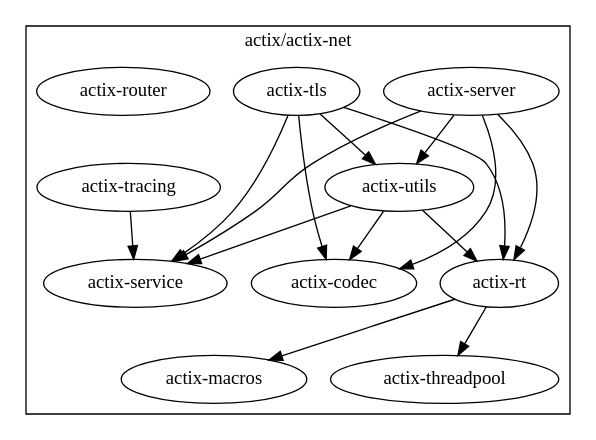
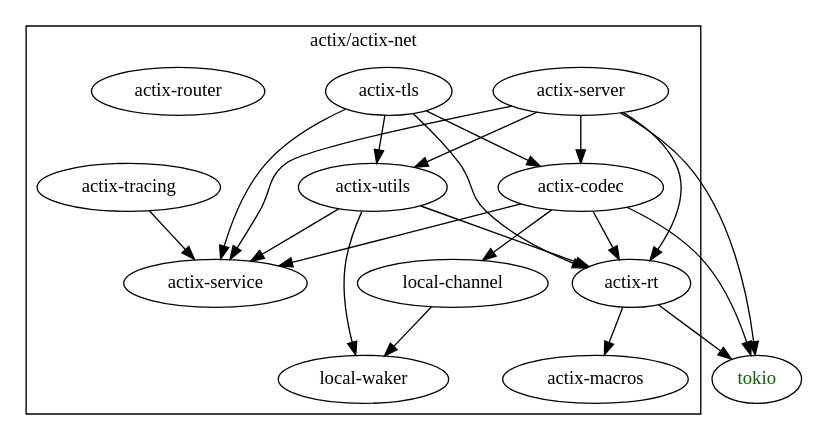
The diagram in docs/graphs/net-only.dot (Cherry-Pooh/actix-web), drawn with Graphviz before and after one commit. The commit also changed 1 other file, not shown here.

```diff
--- a/docs/graphs/net-only.dot
+++ b/docs/graphs/net-only.dot
@@ -1,21 +1,19 @@
 digraph {
     subgraph cluster_net {
         label="actix/actix-net";
-        "actix-codec"
-        "actix-macros"
-        "actix-rt"
-        "actix-server"
-        "actix-service"
-        "actix-threadpool"
-        "actix-tls"
-        "actix-tracing"
-        "actix-utils"
-        "actix-router"
+        "actix-codec" "actix-macros" "actix-rt" "actix-server" "actix-service"
+        "actix-tls" "actix-tracing" "actix-utils" "actix-router"
+        "local-channel" "local-waker"
     }
 
-    "actix-utils" -> { "actix-service" "actix-rt" "actix-codec" }
+    "actix-codec" -> { "actix-rt" "actix-service" "local-channel" "tokio" }
+    "actix-utils" -> { "actix-rt" "actix-service" "local-waker" }
     "actix-tracing" -> { "actix-service" }
     "actix-tls" -> { "actix-service" "actix-codec" "actix-utils" "actix-rt" }
-    "actix-server" -> { "actix-service" "actix-rt" "actix-codec" "actix-utils" }
-    "actix-rt" -> { "actix-macros" "actix-threadpool" }
+    "actix-server" -> { "actix-service" "actix-rt" "actix-codec" "actix-utils" "tokio" }
+    "actix-rt" -> { "actix-macros" "tokio" }
+
+    "local-channel" -> { "local-waker" }
+
+    "tokio" [fontcolor = darkgreen]
 }
```
